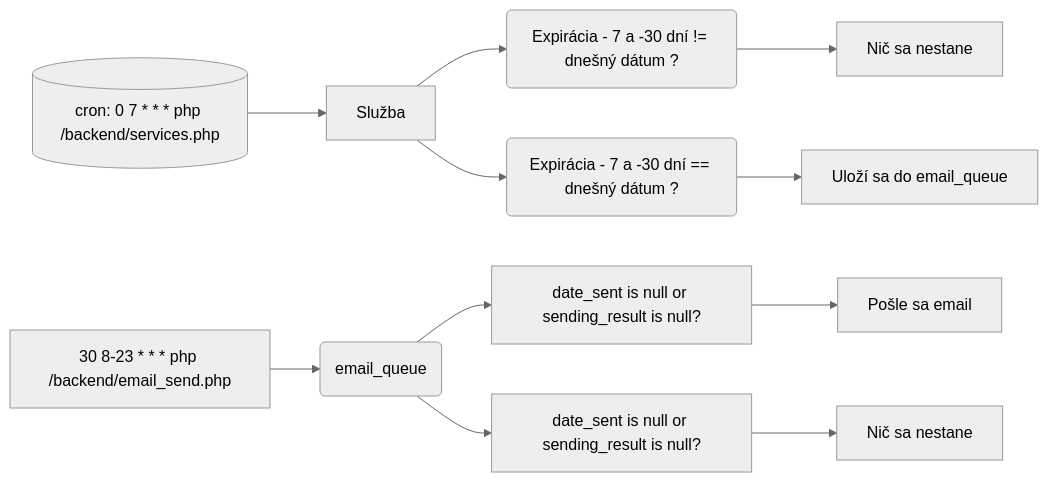
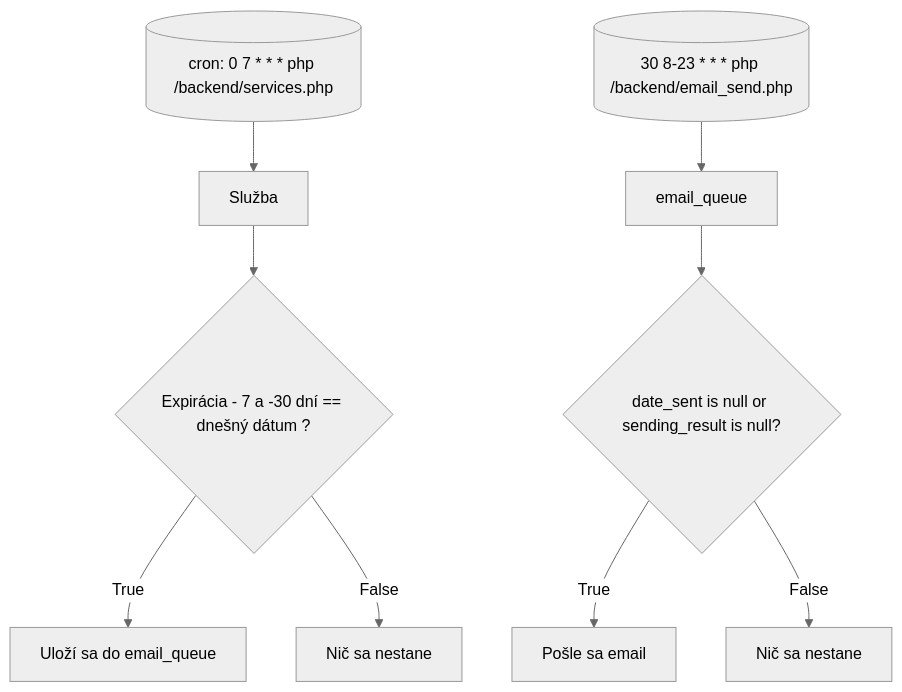
One commit to tomigar/EmailNotifications changed the diagram in readme.md. Above: the diagram before and after it, drawn with Mermaid (neutral theme). The commit also changed other lines of this file, not shown here.

Commit message:
(*)flowchart

````diff
--- a/readme.md
+++ b/readme.md
@@ -3,11 +3,15 @@
 ```mermaid
-graph LR
+
+flowchart TD
+
 X[(cron: 0 7 * * * php /backend/services.php)] -->
-A[Služba] --> B(Expirácia - 7 a -30 dní != dnešný dátum ?)
-B --> C[Nič sa nestane]
-A --> D(Expirácia - 7 a -30 dní == dnešný dátum ?)
-D --> E[Uloží sa do email_queue]
 
-F[30 8-23 * * * php /backend/email_send.php]-->G(email_queue)-->H[date_sent is null or sending_result is null?]-->I[Pošle sa email]
-G-->J[date_sent is null or sending_result is null?]-->K[Nič sa nestane]
+A[Služba] --> B{Expirácia - 7 a -30 dní == dnešný dátum ?}
+B -- True --> E[Uloží sa do email_queue]
+B -- False --> C[Nič sa nestane]
+
+F[(30 8-23 * * * php /backend/email_send.php)]-->
+G[email_queue]-->H{date_sent is null or sending_result is null?}
+H--True-->I[Pošle sa email]
+H--False-->K[Nič sa nestane]
 ```
````
